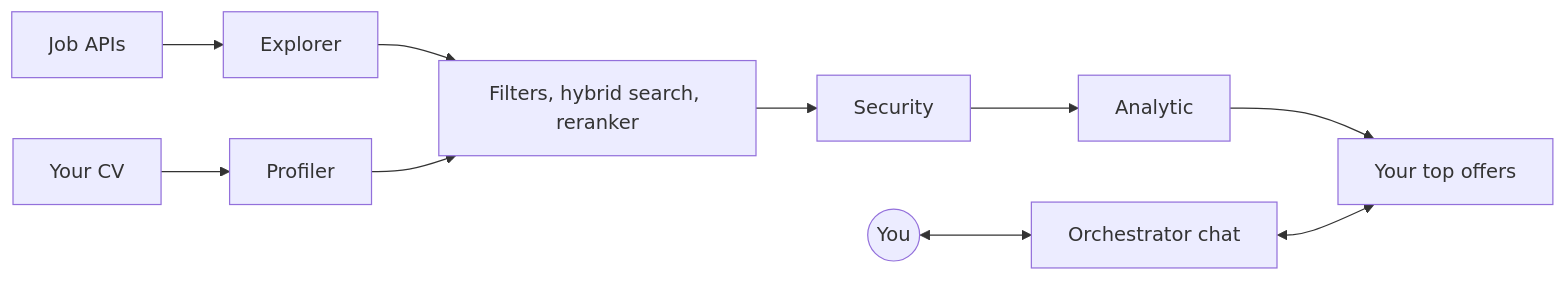
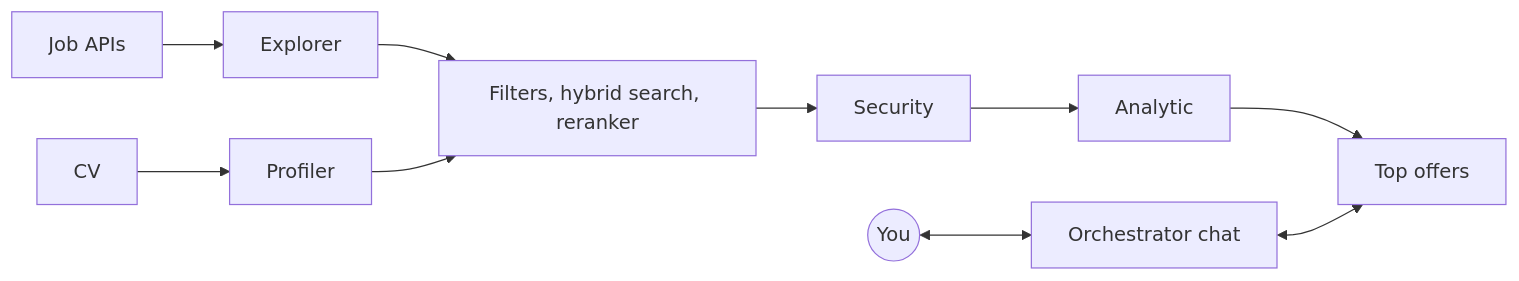
One commit to ztc0/goop changed the diagram in README.md. Above: the diagram before and after it, drawn with Mermaid. The commit also changed other lines of this file and 2 other files, not shown here.

````diff
--- a/README.md
+++ b/README.md
@@ -20,7 +7,7 @@
 ```mermaid
 flowchart LR
     Sources[Job APIs] --> Explorer --> Funnel[Filters, hybrid search, reranker]
-    Funnel --> Security --> Analytic --> List[Your top offers]
-    CV[Your CV] --> Profiler --> Funnel
+    Funnel --> Security --> Analytic --> List[Top offers]
+    CV[CV] --> Profiler --> Funnel
     You((You)) <--> Chat[Orchestrator chat] <--> List
 ```
````
